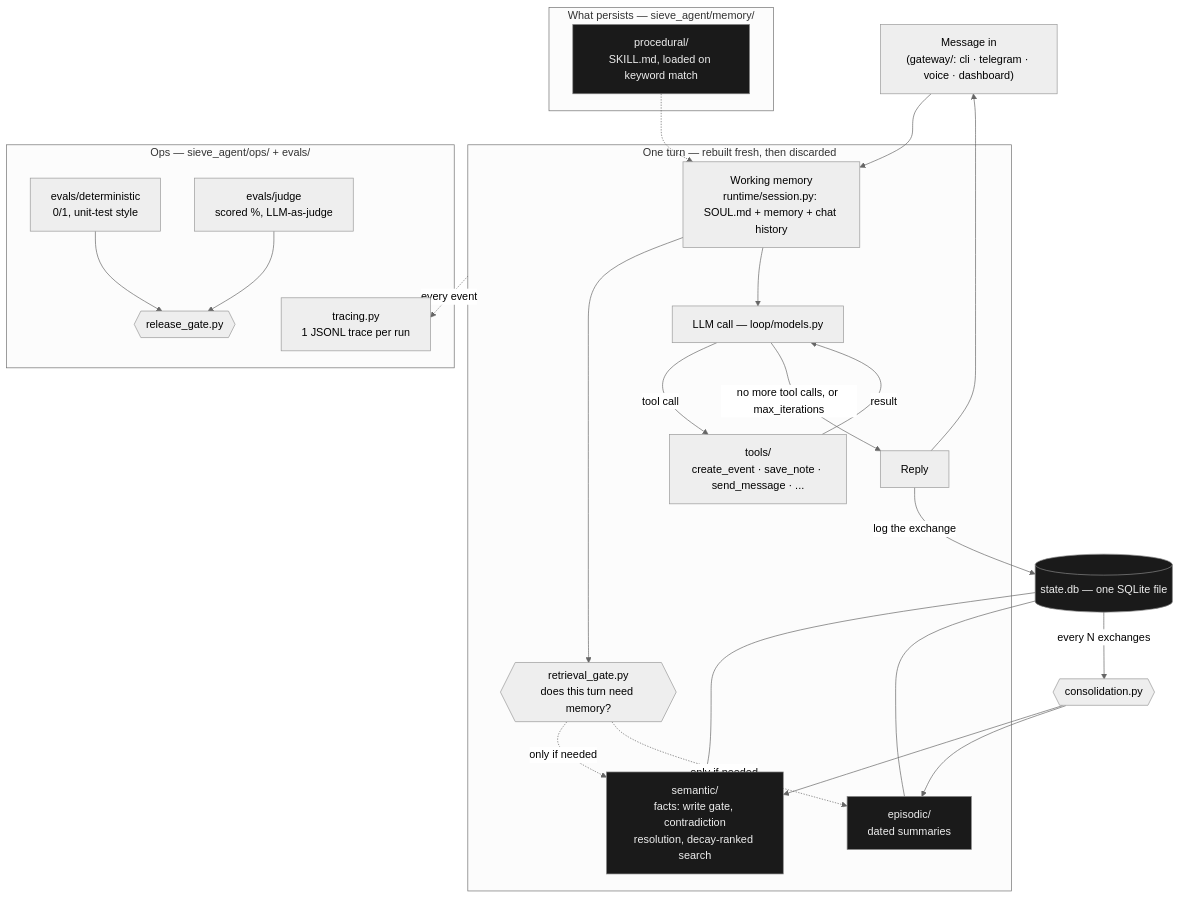
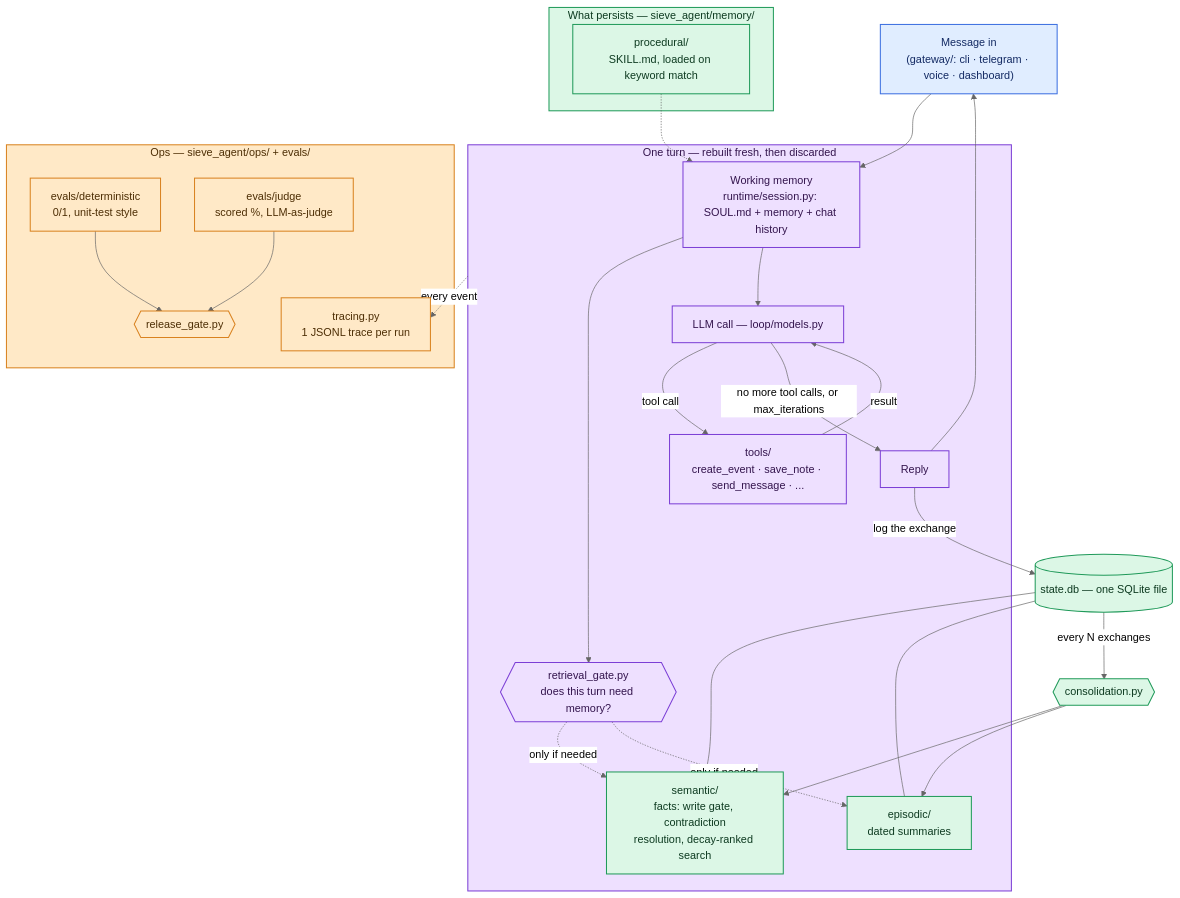
The diagram in docs/architecture.md (sridhar-3009/sieve-agent), drawn with Mermaid (neutral theme) before and after one commit. The commit also changed other lines of this file and 2 other files, not shown here.

Commit message:
Color the diagrams, add badges, fix a stale doc reference
- All three Mermaid diagrams (README x2, docs/architecture.md) now use
  a consistent four-color palette (blue=input, violet=loop, green=memory,
  amber=ops) via classDef/class, applied to both nodes and subgraph
  containers. Verified all three render correctly with @mermaid-js/
  mermaid-cli before committing (previously only eyeballed).
- README: added build/license/python badges under the title, a couple
  of horizontal rules to separate the hero section and footer from the
  body, minor heading text cleanup.
- docs/architecture.md still described the (now removed) Supabase
  pgvector upgrade path as an "every layer has a boring default"
  example — fixed.
- Removed a leftover reference to another of the original author's
  repos (launch-agent-skills) in a code comment, found on a full
  re-sweep of the tree for anything still pointing back to the
  original source.

421 tests still pass; ruff clean.

````diff
--- a/docs/architecture.md
+++ b/docs/architecture.md
@@ -5,40 +5,47 @@
 ```mermaid
 flowchart TB
-    classDef persist fill:#1a1a1a,stroke:#888,color:#eee
-
     U["Message in<br/>(gateway/: cli · telegram · voice · dashboard)"] --> WM
 
     subgraph TURN["One turn — rebuilt fresh, then discarded"]
         WM["Working memory<br/>runtime/session.py: SOUL.md + memory + chat history"]
         WM --> GATE{{"retrieval_gate.py<br/>does this turn need memory?"}}
         GATE -.->|only if needed| SEM
         GATE -.->|only if needed| EPI
         WM --> LLM["LLM call — loop/models.py"]
         LLM -->|tool call| TOOLS["tools/<br/>create_event · save_note · send_message · ..."]
         TOOLS -->|result| LLM
         LLM -->|no more tool calls, or max_iterations| REPLY["Reply"]
     end
 
     REPLY --> U
-    REPLY -->|log the exchange| DB[("state.db — one SQLite file")]:::persist
+    REPLY -->|log the exchange| DB[("state.db — one SQLite file")]
 
     subgraph MEMORY["What persists — sieve_agent/memory/"]
-        SEM["semantic/<br/>facts: write gate, contradiction<br/>resolution, decay-ranked search"]:::persist
-        EPI["episodic/<br/>dated summaries"]:::persist
-        PROC["procedural/<br/>SKILL.md, loaded on keyword match"]:::persist
+        SEM["semantic/<br/>facts: write gate, contradiction<br/>resolution, decay-ranked search"]
+        EPI["episodic/<br/>dated summaries"]
+        PROC["procedural/<br/>SKILL.md, loaded on keyword match"]
     end
     PROC -.-> WM
     DB --- SEM
     DB --- EPI
     DB -->|every N exchanges| CONS{{"consolidation.py"}} --> SEM
     CONS --> EPI
 
     subgraph OPS["Ops — sieve_agent/ops/ + evals/"]
         TRACE["tracing.py<br/>1 JSONL trace per run"]
         DET["evals/deterministic<br/>0/1, unit-test style"]
         JUDGE["evals/judge<br/>scored %, LLM-as-judge"]
         RGATE{{"release_gate.py"}}
         DET & JUDGE --> RGATE
     end
     TURN -.->|every event| TRACE
+
+    classDef input fill:#e0edff,stroke:#3b6fe0,color:#132a63,stroke-width:1.5px
+    classDef turn fill:#eee0ff,stroke:#7c3fd6,color:#33144d,stroke-width:1.5px
+    classDef memory fill:#dcf7e6,stroke:#209a5a,color:#0d3a20,stroke-width:1.5px
+    classDef ops fill:#ffe9c7,stroke:#d9821f,color:#4d2e05,stroke-width:1.5px
+    class U input
+    class WM,GATE,LLM,TOOLS,REPLY,TURN turn
+    class SEM,EPI,PROC,DB,CONS,MEMORY memory
+    class TRACE,DET,JUDGE,RGATE,OPS ops
 ```
````
